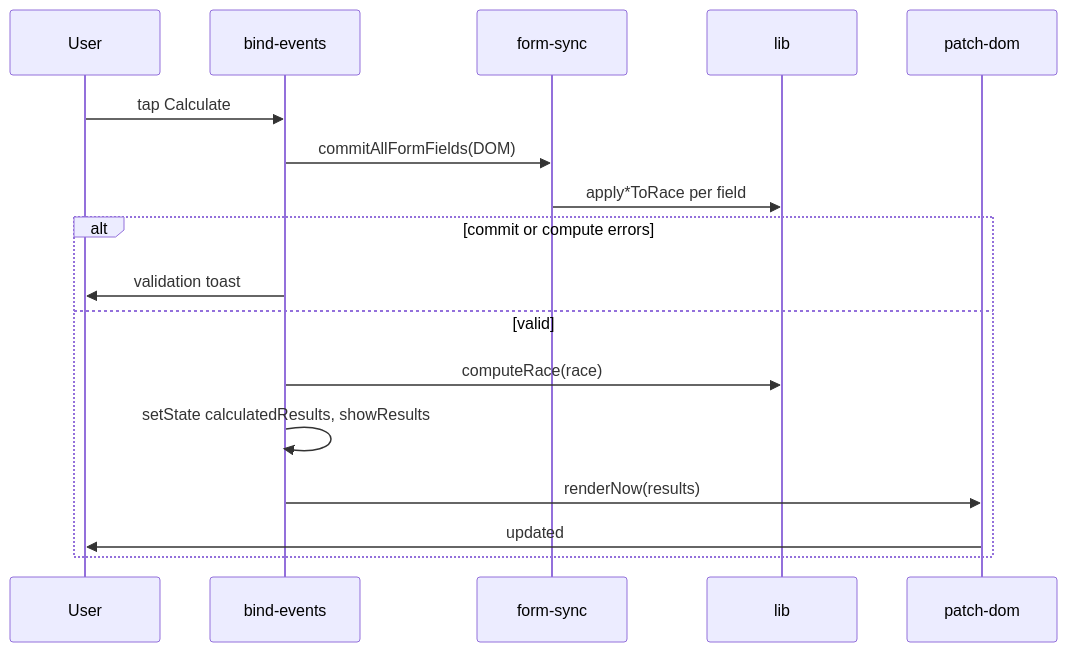
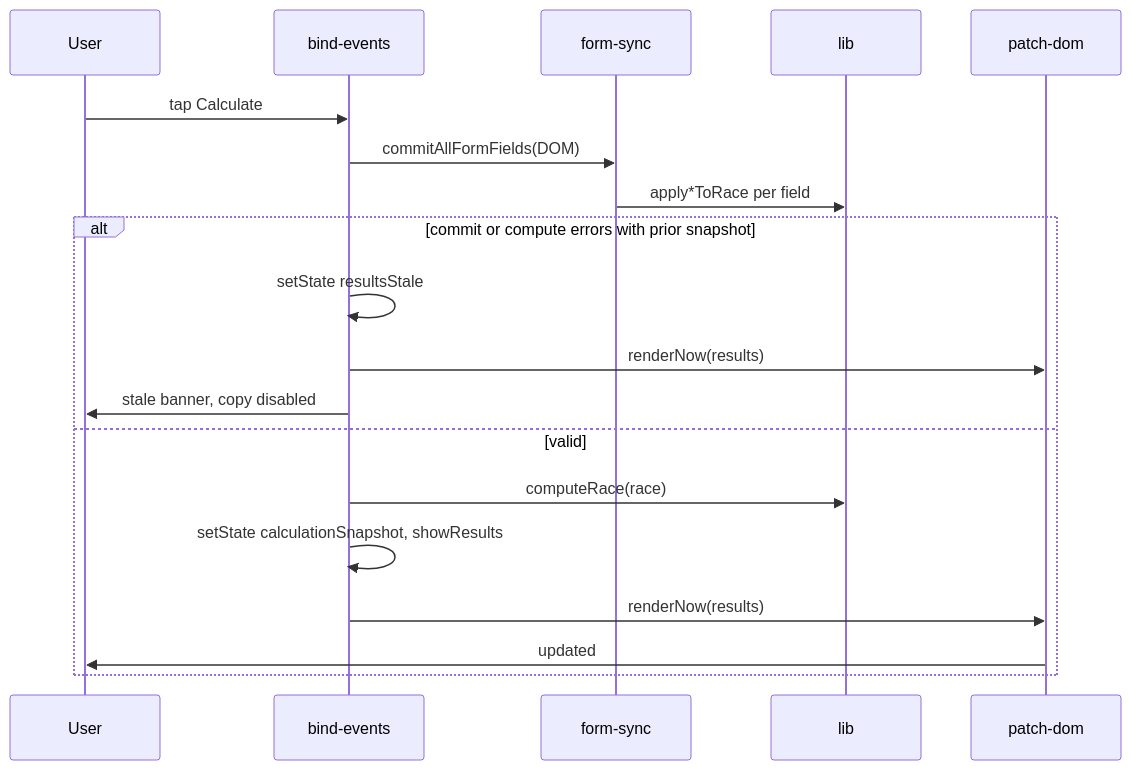
Before and after one commit to foobits/crew-timing: the diagram in docs/architecture.md, drawn with Mermaid. The commit also changed other lines of this file and 33 other files, not shown here.

First line of the commit message:
Harden calculation provenance, input commit paths, and test coverage.

````diff
--- a/docs/architecture.md
+++ b/docs/architecture.md
@@ -137,20 +140,22 @@
 ```mermaid
 sequenceDiagram
   participant User
   participant bind-events
   participant form-sync
   participant lib
   participant patch-dom
 
   User->>bind-events: tap Calculate
   bind-events->>form-sync: commitAllFormFields(DOM)
   form-sync->>lib: apply*ToRace per field
-  alt commit or compute errors
-    bind-events->>User: validation toast
+  alt commit or compute errors with prior snapshot
+    bind-events->>bind-events: setState resultsStale
+    bind-events->>patch-dom: renderNow(results)
+    bind-events->>User: stale banner, copy disabled
   else valid
     bind-events->>lib: computeRace(race)
-    bind-events->>bind-events: setState calculatedResults, showResults
+    bind-events->>bind-events: setState calculationSnapshot, showResults
     bind-events->>patch-dom: renderNow(results)
     patch-dom->>User: updated #results-card
   end
 ```
````
